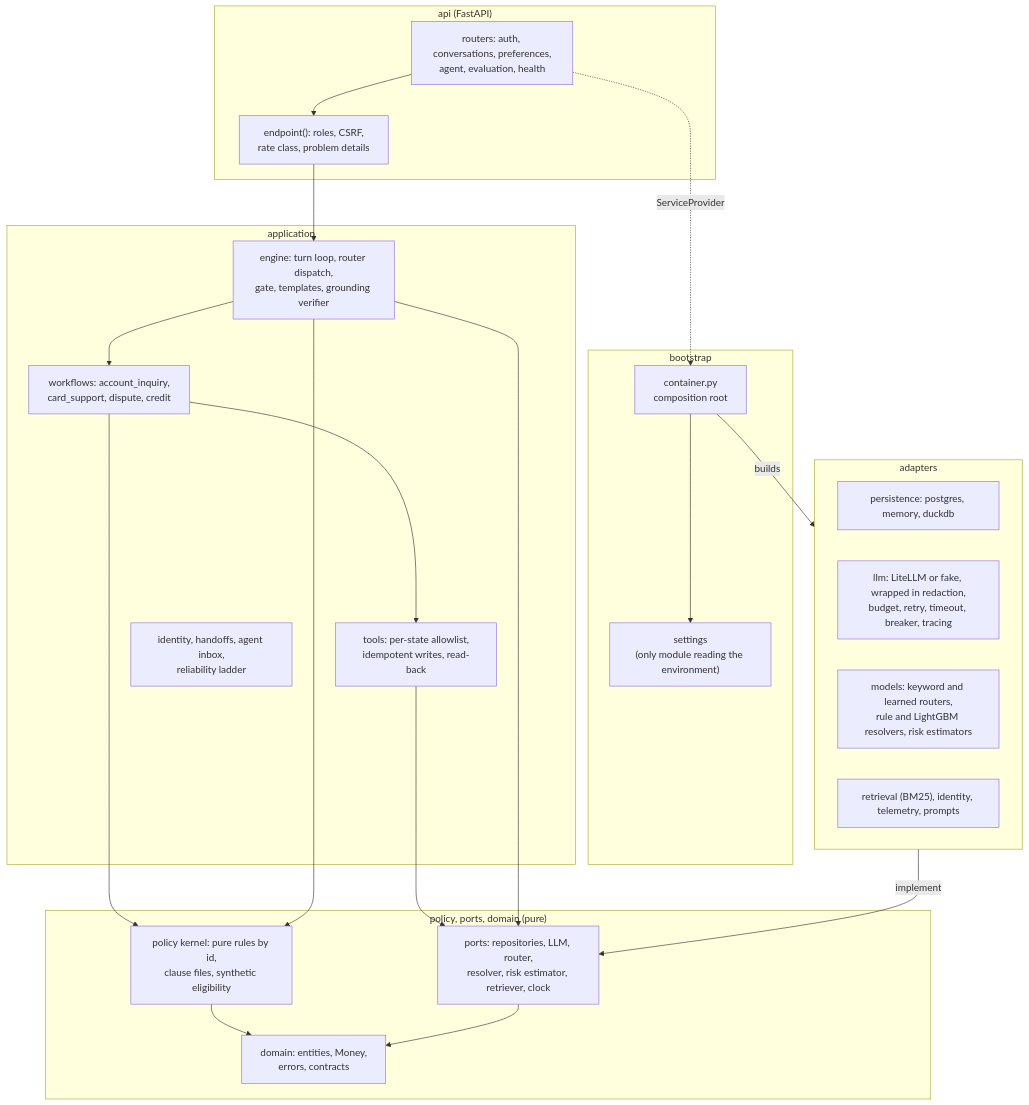
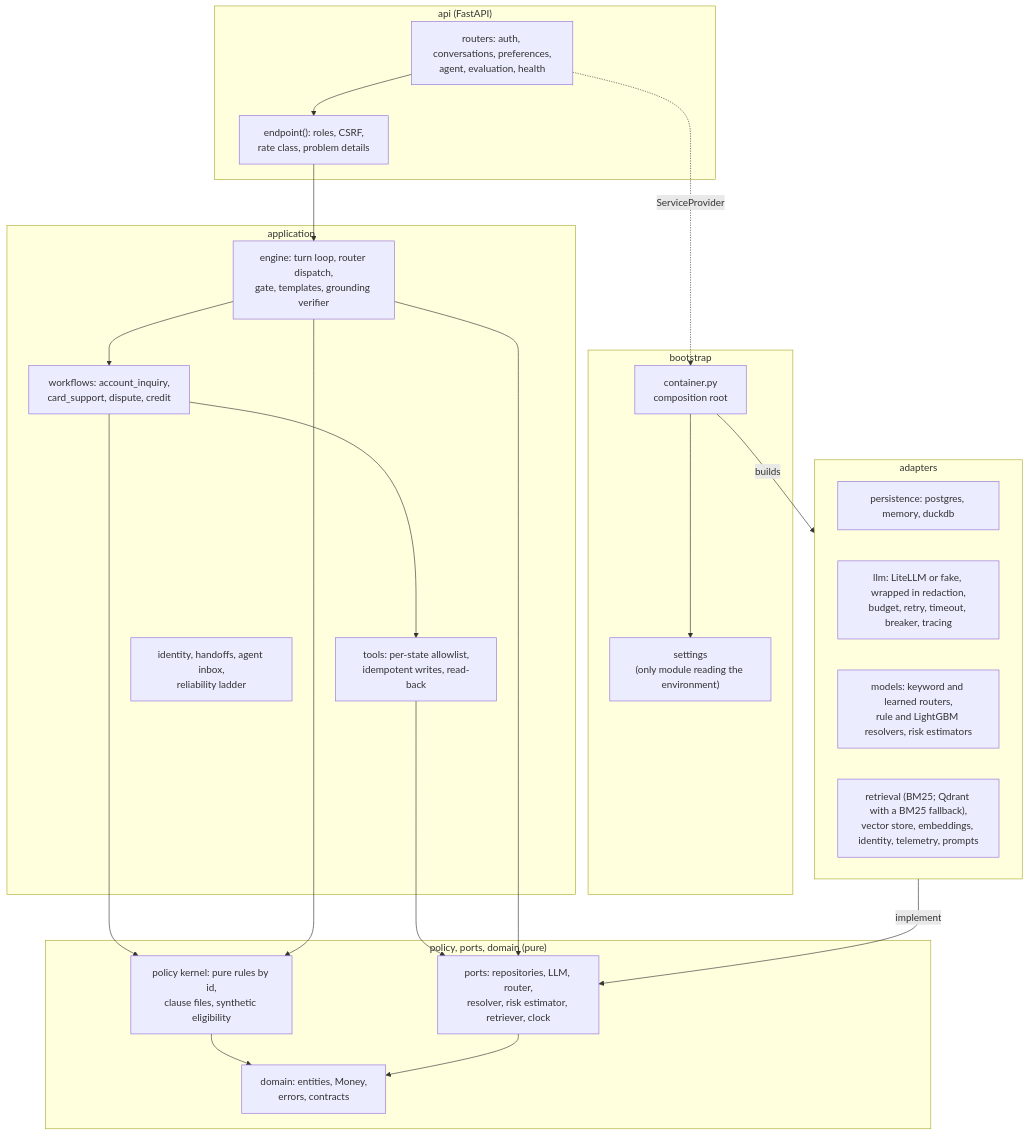
The third of 4 diagrams in docs/architecture/overview.md (Youngermaster/factored-hackathon-2026-la-brasil-del-70), drawn with Mermaid before and after one commit. The commit also changed other lines of this file and 14 other files, not shown here.

First line of the commit message:
docs(docs): record the Qdrant retrieval decision and its evidence

````diff
--- a/docs/architecture/overview.md
+++ b/docs/architecture/overview.md
@@ -55,40 +57,40 @@
 ```mermaid
 flowchart TB
     subgraph edge["api (FastAPI)"]
         routers["routers: auth, conversations, preferences,<br/>agent, evaluation, health"]
         guards["endpoint(): roles, CSRF,<br/>rate class, problem details"]
     end
     subgraph boot["bootstrap"]
         settings["settings<br/>(only module reading the environment)"]
         container["container.py<br/>composition root"]
     end
     subgraph app["application"]
         engine["engine: turn loop, router dispatch,<br/>gate, templates, grounding verifier"]
         workflows["workflows: account_inquiry,<br/>card_support, dispute, credit"]
         tools["tools: per-state allowlist,<br/>idempotent writes, read-back"]
         other["identity, handoffs, agent inbox,<br/>reliability ladder"]
     end
     subgraph core["policy, ports, domain (pure)"]
         policy["policy kernel: pure rules by id,<br/>clause files, synthetic eligibility"]
         ports["ports: repositories, LLM, router,<br/>resolver, risk estimator, retriever, clock"]
         domain["domain: entities, Money,<br/>errors, contracts"]
     end
     subgraph adapters["adapters"]
         persistence["persistence: postgres, memory, duckdb"]
         llmstack["llm: LiteLLM or fake, wrapped in redaction,<br/>budget, retry, timeout, breaker, tracing"]
         models["models: keyword and learned routers,<br/>rule and LightGBM resolvers, risk estimators"]
-        misc["retrieval (BM25), identity, telemetry, prompts"]
+        misc["retrieval (BM25; Qdrant with a BM25 fallback),<br/>vector store, embeddings, identity, telemetry, prompts"]
     end
     routers --> guards --> engine
     container --> settings
     container -- "builds" --> adapters
     routers -. "ServiceProvider" .-> container
     engine --> workflows --> tools
     workflows --> policy
     engine --> policy
     tools --> ports
     engine --> ports
     policy --> domain
     ports --> domain
     adapters -- "implement" --> ports
 ```
````
